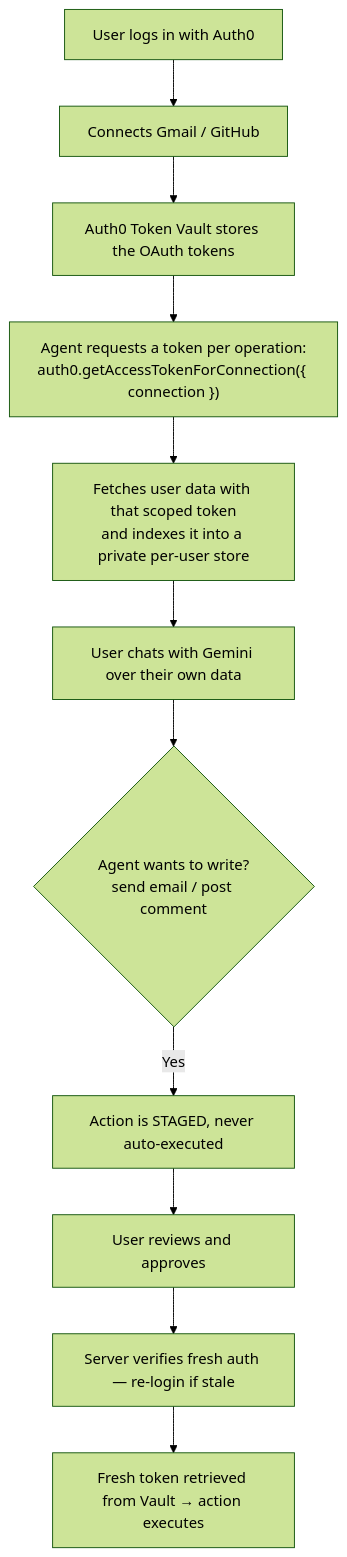
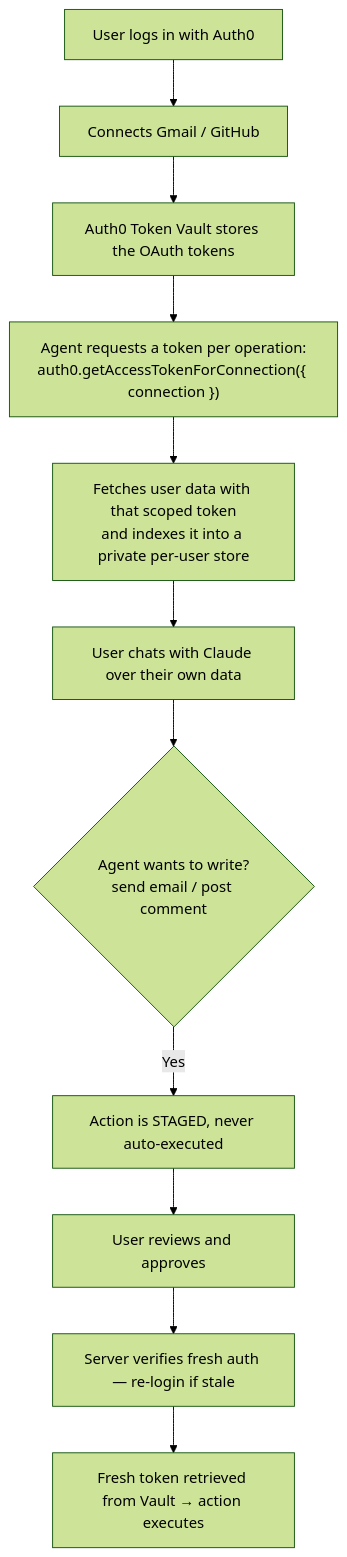
Before and after one commit to NiveditaAryaK/agent-vault: the diagram in README.md, drawn with Mermaid (forest theme). The commit also changed other lines of this file and 1 other file, not shown here.

Commit message:
Updated model changes from gemini to claude

````diff
--- a/README.md
+++ b/README.md
@@ -15,13 +15,13 @@
 ```mermaid
 flowchart TD
     A[User logs in with Auth0] --> B[Connects Gmail / GitHub]
     B --> C[Auth0 Token Vault stores the OAuth tokens]
     C --> D["Agent requests a token per operation:<br/>auth0.getAccessTokenForConnection({ connection })"]
     D --> E[Fetches user data with that scoped token<br/>and indexes it into a private per-user store]
-    E --> F[User chats with Gemini over their own data]
+    E --> F[User chats with Claude over their own data]
     F --> G{Agent wants to write?<br/>send email / post comment}
     G -->|Yes| H[Action is STAGED, never auto-executed]
     H --> I[User reviews and approves]
     I --> J[Server verifies fresh auth — re-login if stale]
     J --> K[Fresh token retrieved from Vault → action executes]
 ```
````
